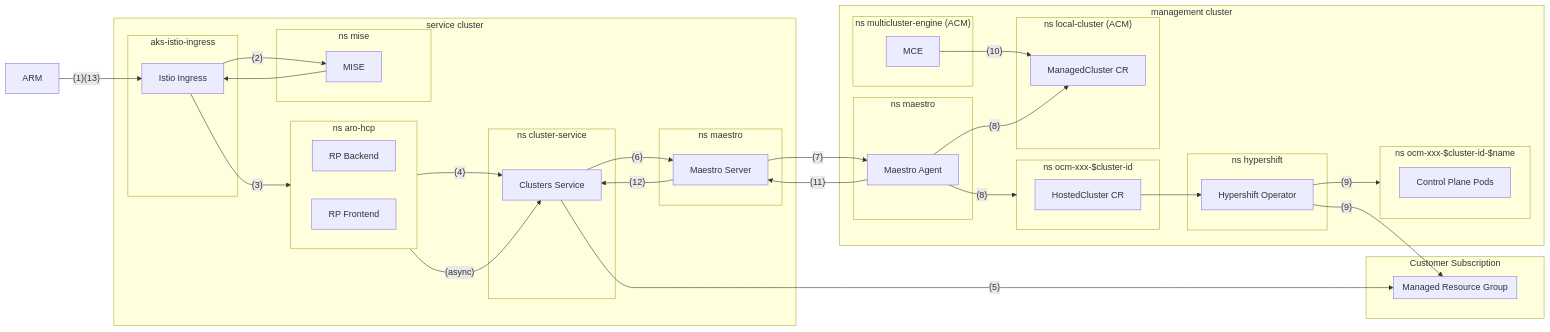
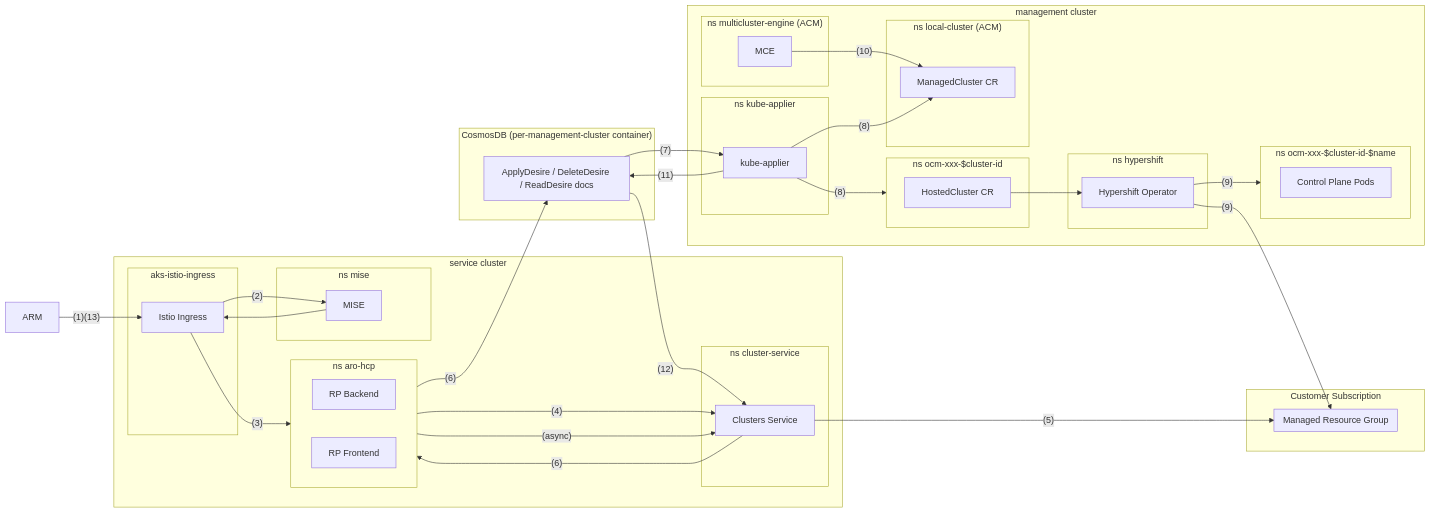
One commit to Azure/ARO-HCP changed the diagram in docs/ops/hcp-cluster-creation-flow.md. Above: the diagram before and after it, drawn with Mermaid. The commit also changed other lines of this file, not shown here.

First line of the commit message:
docs(ops): update cluster creation flow for kube-applier migration

````diff
--- a/docs/ops/hcp-cluster-creation-flow.md
+++ b/docs/ops/hcp-cluster-creation-flow.md
@@ -26,66 +47,66 @@
 ```mermaid
 ---
 config:
   layout: dagre
 ---
 flowchart LR
 arm["ARM"]
 subgraph customer_subscription["Customer Subscription"]
   subgraph managed_resourcegroup["Managed Resource Group"]
   end
 end
 subgraph svc_cluster["service cluster"]
     subgraph istio_ns["aks-istio-ingress"]
         istio_ingress["Istio Ingress"]
     end
     subgraph mise_ns["ns mise"]
         mise["MISE"]
     end
     subgraph rp_ns["ns aro-hcp"]
         direction LR
         rp_backend["RP Backend"]
         rp_frontend["RP Frontend"]
     end
     subgraph cs_ns["ns cluster-service"]
         cs["Clusters Service"]
     end
-    subgraph maestro_server_ns["ns maestro"]
-        maestro_server["Maestro Server"]
-    end
+ end
+ subgraph cosmos["CosmosDB (per-management-cluster container)"]
+    desires["ApplyDesire / DeleteDesire / ReadDesire docs"]
  end
  subgraph mgmt_cluster["management cluster"]
-    subgraph maestro_agent_ns["ns maestro"]
-        maestro_agent["Maestro Agent"]
+    subgraph kube_applier_ns["ns kube-applier"]
+        kube_applier["kube-applier"]
     end
     subgraph acm_mce_ns["ns multicluster-engine (ACM)"]
         mce["MCE"]
     end
     subgraph hypershift_ns["ns hypershift"]
         hypershift["Hypershift Operator"]
     end
     subgraph hypershift_hcp_ns["ns ocm-xxx-$cluster-id"]
         hostedcluster_cr["HostedCluster CR"]
     end
     subgraph hypershift_cp_ns["ns ocm-xxx-$cluster-id-$name"]
         cp_pods["Control Plane Pods"]
     end
     subgraph local_cluster_ns["ns local-cluster (ACM)"]
         managed_cluster_cr["ManagedCluster CR"]
     end
  end
  arm -- (1)(13) --> istio_ingress -- (2) --> mise
  mise --> istio_ingress -- (3) --> rp_frontend -- (4) --> cs
  cs -- (5) --> managed_resourcegroup
- cs -- (6) --> maestro_server
+ cs -- (6) --> rp_backend -- (6) --> desires
  rp_backend -- (async) --> cs
- maestro_server -- (7) --> maestro_agent
+ desires -- (7) --> kube_applier
 
  mce -- (10) --> managed_cluster_cr
- maestro_agent -- (8) --> hypershift_hcp_ns
- maestro_agent -- (8) --> managed_cluster_cr
+ kube_applier -- (8) --> hypershift_hcp_ns
+ kube_applier -- (8) --> managed_cluster_cr
  hostedcluster_cr --> hypershift
  hypershift -- (9) --> managed_resourcegroup
  hypershift -- (9) --> hypershift_cp_ns
- maestro_agent -- (11) --> maestro_server
- maestro_server -- (12) --> cs
+ kube_applier -- (11) --> desires
+ desires -- (12) --> cs
 ```
````
